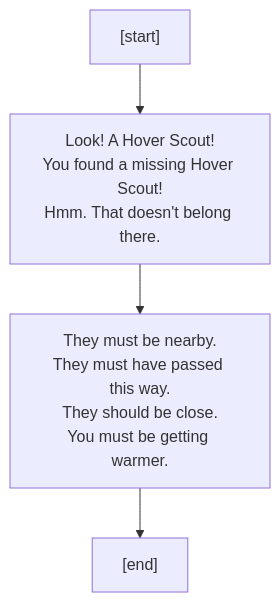
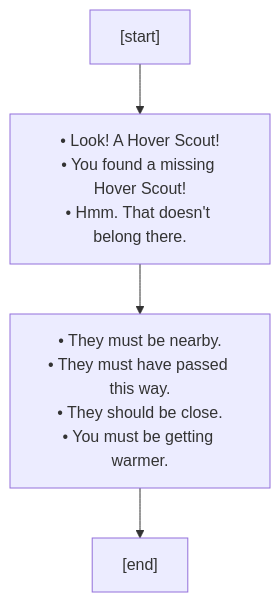
The eighth of 14 diagrams in src/core/lore/graphs/events.md (charredUtensil/groundhog), drawn with Mermaid before and after one commit. The commit also changed other lines of this file and 7 other files, not shown here.

````diff
--- a/src/core/lore/graphs/events.md
+++ b/src/core/lore/graphs/events.md
@@ -229,10 +229,10 @@
 ```mermaid
 flowchart TD;
 P0["[start]"]
 P0 --> P1
-P1["Look! A Hover Scout!<br/>You found a missing Hover Scout!<br/>Hmm. That doesn't belong there."]
+P1["&bull; Look! A Hover Scout!<br/>&bull; You found a missing Hover Scout!<br/>&bull; Hmm. That doesn't belong there."]
 P1 --> P2
-P2["They must be nearby.<br/>They must have passed this way.<br/>They should be close.<br/>You must be getting warmer."]
+P2["&bull; They must be nearby.<br/>&bull; They must have passed this way.<br/>&bull; They should be close.<br/>&bull; You must be getting warmer."]
 P2 --> P3
 P3["[end]"]
 ```
````
